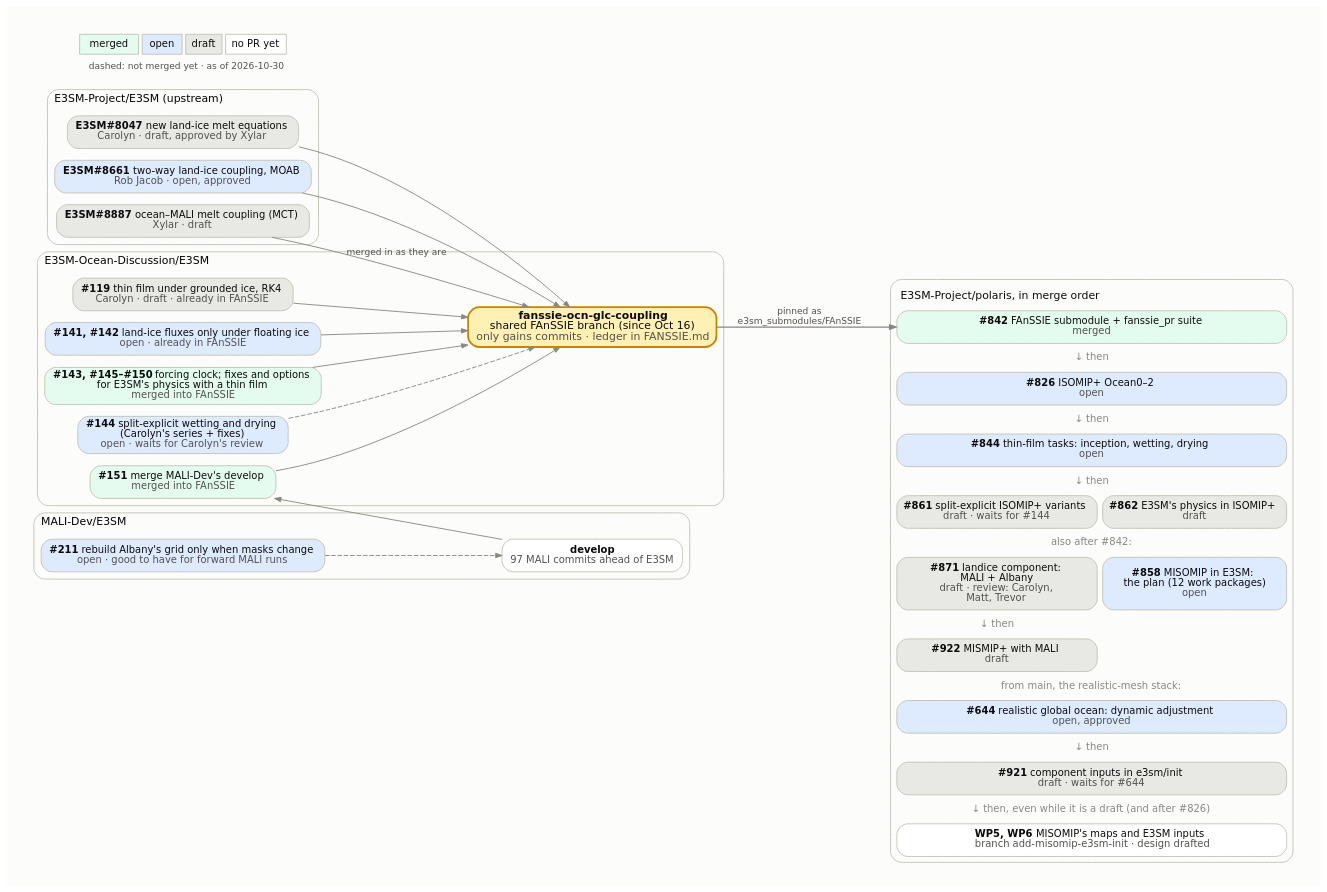
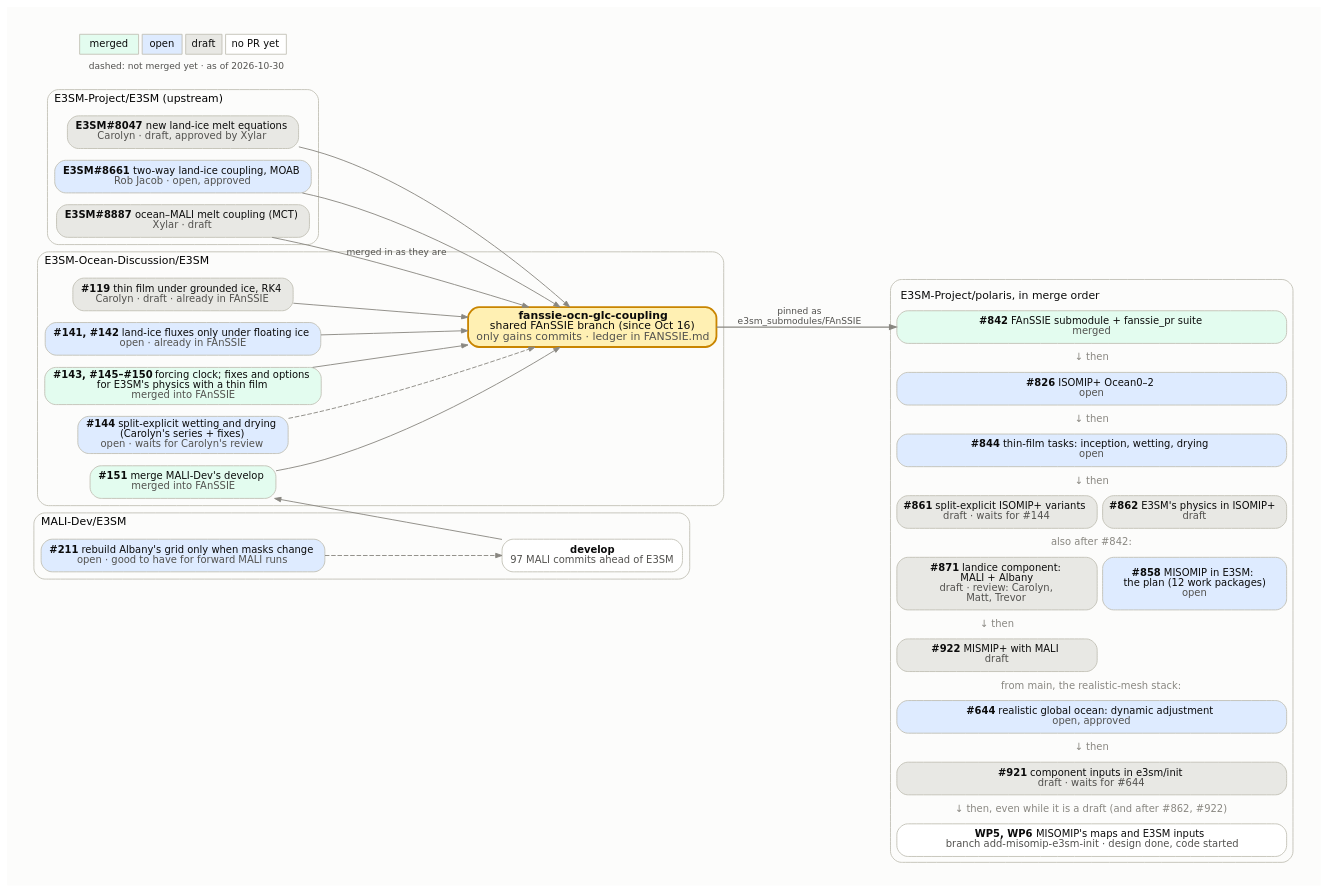
The diagram in docs/design_docs/misomip/code_flow.dot (E3SM-Project/polaris), drawn with Graphviz before and after one commit. The commit also changed 4 other files, not shown here.

```diff
--- a/docs/design_docs/misomip/code_flow.dot
+++ b/docs/design_docs/misomip/code_flow.dot
@@ -1,95 +1,95 @@
 // How the upstream E3SM PRs, the E3SM-Ocean-Discussion PRs, the
 // fanssie-ocn-glc-coupling branch and the Polaris PRs fit together.
 //
 // Regenerate with Graphviz 14 (Chrysalis's /usr/bin/dot 2.40 lays it out
 // wider), with the text drawn as paths so it looks the same everywhere:
 //
 //     pixi exec -s graphviz dot -Tsvg:cairo code_flow.dot -o code_flow.svg
 //
 // Fill by state: merged #e3fcef, open #deebff, draft #e8e8e4, no PR yet
 // #ffffff. Dashed edges into the FAnSSIE branch mark PRs not merged into it
 // yet. The Polaris side is one HTML-table node, in merge order, because
 // Graphviz would not keep separate boxes in that order. Update the date in
 // the legend.
 digraph fanssie {
   rankdir=LR;
   bgcolor="#fcfcfb";
   pad=0.3;
   nodesep=0.18;
   ranksep=0.7;
   fontname="DejaVu Sans";
   node [shape=box, style="rounded,filled", fontname="DejaVu Sans",
         fontsize=11, color="#c3c2b7", fontcolor="#0b0b0b", penwidth=1,
         margin="0.12,0.06"];
   edge [color="#898781", arrowsize=0.7, fontname="DejaVu Sans",
         fontsize=10, fontcolor="#52514e"];
 
   subgraph cluster_upstream {
     label="E3SM-Project/E3SM (upstream)";
     labeljust=l; fontsize=12; color="#c3c2b7"; style="rounded";
     e8047 [label=<<b>E3SM#8047</b>  new land-ice melt equations<br/><font color="#52514e">Carolyn · draft, approved by Xylar</font>>, fillcolor="#e8e8e4"];
     e8661 [label=<<b>E3SM#8661</b>  two-way land-ice coupling, MOAB<br/><font color="#52514e">Rob Jacob · open, approved</font>>, fillcolor="#deebff"];
     e8887 [label=<<b>E3SM#8887</b>  ocean–MALI melt coupling (MCT)<br/><font color="#52514e">Xylar · draft</font>>, fillcolor="#e8e8e4"];
   }
 
   subgraph cluster_malidev {
     label="MALI-Dev/E3SM";
     labeljust=l; fontsize=12; color="#c3c2b7"; style="rounded";
     malidev [label=<<b>develop</b><br/><font color="#52514e">97 MALI commits ahead of E3SM</font>>, fillcolor="#ffffff"];
     m211 [label=<<b>#211</b>  rebuild Albany's grid only when masks change<br/><font color="#52514e">open · good to have for forward MALI runs</font>>, fillcolor="#deebff"];
   }
 
   subgraph cluster_eod {
     label="E3SM-Ocean-Discussion/E3SM";
     labeljust=l; fontsize=12; color="#c3c2b7"; style="rounded";
     d119 [label=<<b>#119</b>  thin film under grounded ice, RK4<br/><font color="#52514e">Carolyn · draft · already in FAnSSIE</font>>, fillcolor="#e8e8e4"];
     d141 [label=<<b>#141, #142</b>  land-ice fluxes only under floating ice<br/><font color="#52514e">open · already in FAnSSIE</font>>, fillcolor="#deebff"];
     d143 [label=<<b>#143, #145–#150</b>  forcing clock; fixes and options<br/>for E3SM's physics with a thin film<br/><font color="#52514e">merged into FAnSSIE</font>>, fillcolor="#e3fcef"];
     d144 [label=<<b>#144</b>  split-explicit wetting and drying<br/>(Carolyn's series + fixes)<br/><font color="#52514e">open · waits for Carolyn's review</font>>, fillcolor="#deebff"];
     d151 [label=<<b>#151</b>  merge MALI-Dev's develop<br/><font color="#52514e">merged into FAnSSIE</font>>, fillcolor="#e3fcef"];
     fanssie [label=<<b>fanssie-ocn-glc-coupling</b><br/>shared FAnSSIE branch (since Oct 16)<br/><font color="#52514e">only gains commits · ledger in FANSSIE.md</font>>,
              fillcolor="#fff0b3", penwidth=2, color="#c98500", fontsize=12];
   }
 
   polaris [shape=plaintext, style="", label=<
     <table border="1" color="#c3c2b7" style="rounded" cellborder="1" cellspacing="6" cellpadding="4" bgcolor="#fcfcfb">
       <tr><td border="0" colspan="2" align="left"><font point-size="12">E3SM-Project/polaris, in merge order</font></td></tr>
       <tr><td port="p842" bgcolor="#e3fcef" colspan="2" style="rounded" cellpadding="6"><b>#842</b>  FAnSSIE submodule + fanssie_pr suite<br/><font color="#52514e">merged</font></td></tr>
       <tr><td border="0" colspan="2"><font color="#898781">↓ then</font></td></tr>
       <tr><td port="p826" bgcolor="#deebff" colspan="2" style="rounded" cellpadding="6"><b>#826</b>  ISOMIP+ Ocean0–2<br/><font color="#52514e">open</font></td></tr>
       <tr><td border="0" colspan="2"><font color="#898781">↓ then</font></td></tr>
       <tr><td port="p844" bgcolor="#deebff" colspan="2" style="rounded" cellpadding="6"><b>#844</b>  thin-film tasks: inception, wetting, drying<br/><font color="#52514e">open</font></td></tr>
       <tr><td border="0" colspan="2"><font color="#898781">↓ then</font></td></tr>
       <tr><td port="p861" bgcolor="#e8e8e4" colspan="1" style="rounded" cellpadding="6"><b>#861</b>  split-explicit ISOMIP+ variants<br/><font color="#52514e">draft · waits for #144</font></td><td port="p862" bgcolor="#e8e8e4" colspan="1" style="rounded" cellpadding="6"><b>#862</b>  E3SM's physics in ISOMIP+<br/><font color="#52514e">draft</font></td></tr>
       <tr><td border="0" colspan="2"><font color="#898781">also after #842:</font></td></tr>
       <tr><td port="p871" bgcolor="#e8e8e4" colspan="1" style="rounded" cellpadding="6"><b>#871</b>  landice component:<br/>MALI + Albany<br/><font color="#52514e">draft · review: Carolyn,<br/>Matt, Trevor</font></td><td port="p858" bgcolor="#deebff" colspan="1" style="rounded" cellpadding="6"><b>#858</b>  MISOMIP in E3SM:<br/>the plan (12 work packages)<br/><font color="#52514e">open</font></td></tr>
       <tr><td border="0" colspan="1"><font color="#898781">↓ then</font></td><td border="0" colspan="1"></td></tr>
       <tr><td port="p922" bgcolor="#e8e8e4" colspan="1" style="rounded" cellpadding="6"><b>#922</b>  MISMIP+ with MALI<br/><font color="#52514e">draft</font></td><td border="0" colspan="1"></td></tr>
       <tr><td border="0" colspan="2"><font color="#898781">from main, the realistic-mesh stack:</font></td></tr>
       <tr><td port="p644" bgcolor="#deebff" colspan="2" style="rounded" cellpadding="6"><b>#644</b>  realistic global ocean: dynamic adjustment<br/><font color="#52514e">open, approved</font></td></tr>
       <tr><td border="0" colspan="2"><font color="#898781">↓ then</font></td></tr>
       <tr><td port="p921" bgcolor="#e8e8e4" colspan="2" style="rounded" cellpadding="6"><b>#921</b>  component inputs in e3sm/init<br/><font color="#52514e">draft · waits for #644</font></td></tr>
-      <tr><td border="0" colspan="2"><font color="#898781">↓ then, even while it is a draft (and after #826)</font></td></tr>
-      <tr><td port="pwp56" bgcolor="#ffffff" colspan="2" style="rounded" cellpadding="6"><b>WP5, WP6</b>  MISOMIP's maps and E3SM inputs<br/><font color="#52514e">branch add-misomip-e3sm-init · design drafted</font></td></tr>
+      <tr><td border="0" colspan="2"><font color="#898781">↓ then, even while it is a draft (and after #862, #922)</font></td></tr>
+      <tr><td port="pwp56" bgcolor="#ffffff" colspan="2" style="rounded" cellpadding="6"><b>WP5, WP6</b>  MISOMIP's maps and E3SM inputs<br/><font color="#52514e">branch add-misomip-e3sm-init · design done, code started</font></td></tr>
     </table>>];
 
   e8047 -> fanssie;
   e8661 -> fanssie;
   e8887 -> fanssie [label="merged in as they are"];
   d119 -> fanssie;
   d141 -> fanssie;
   d143 -> fanssie;
   d144 -> fanssie [style=dashed];
   m211 -> malidev [style=dashed];
   malidev -> d151 [constraint=false];
   d151 -> fanssie;
 
   fanssie -> polaris:p842 [label="pinned as
 e3sm_submodules/FAnSSIE", penwidth=1.5];
 
   legend [shape=plaintext, style="", label=<
     <table border="0" cellborder="1" cellspacing="4" cellpadding="4" color="#c3c2b7">
       <tr><td bgcolor="#e3fcef">merged</td><td bgcolor="#deebff">open</td><td bgcolor="#e8e8e4">draft</td><td bgcolor="#ffffff">no PR yet</td></tr>
       <tr><td colspan="4" border="0"><font point-size="10" color="#52514e">dashed: not merged yet · as of 2026-10-30</font></td></tr>
     </table>>];
 }
```
